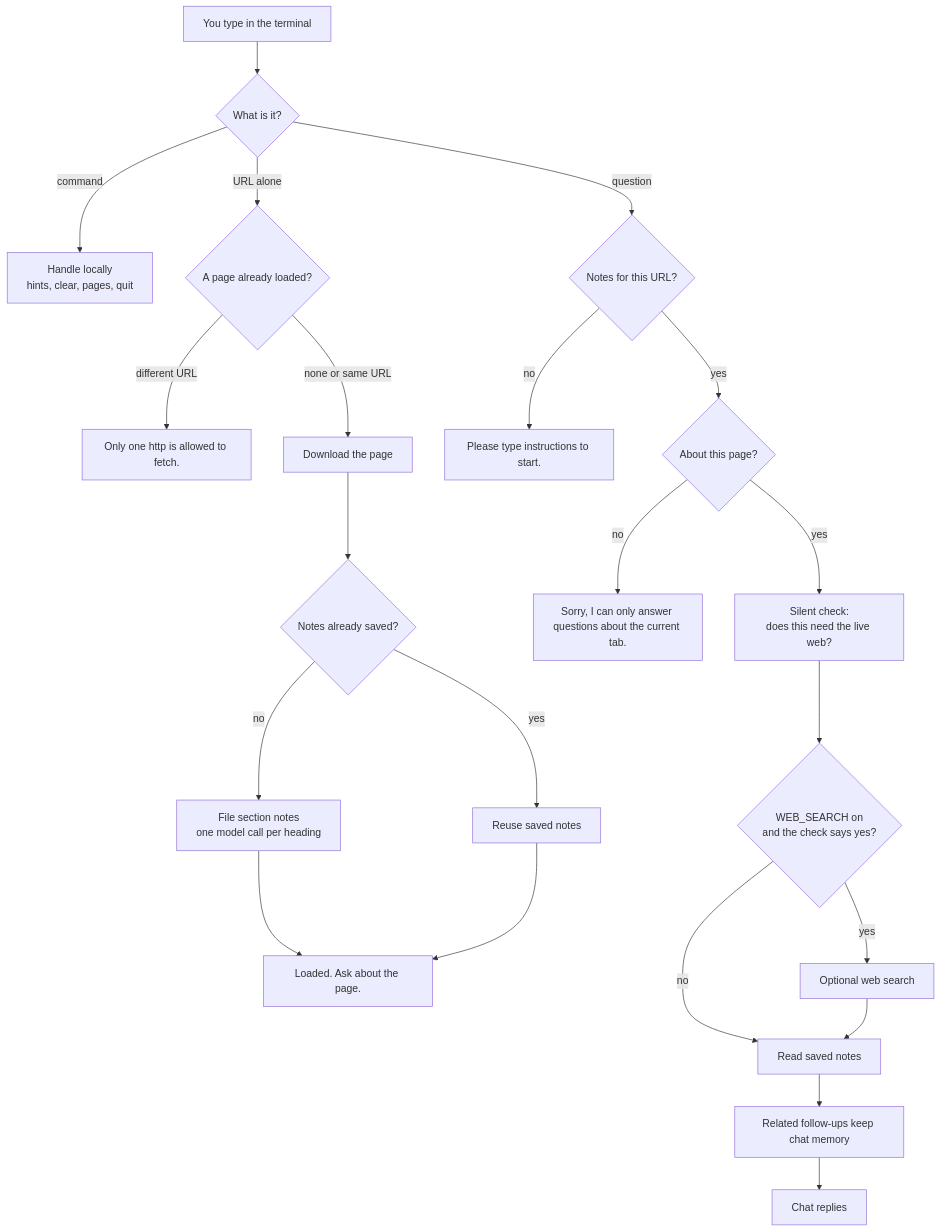
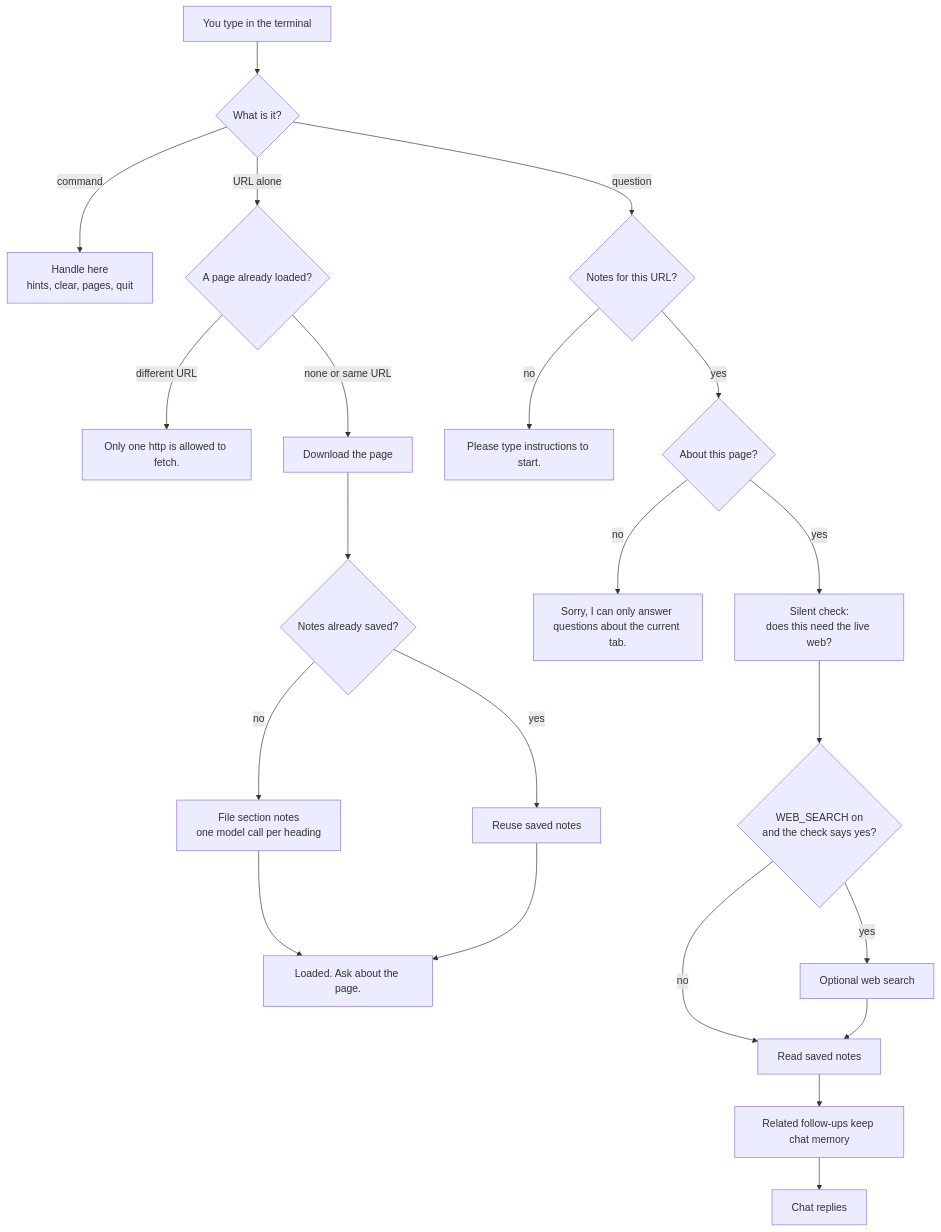
Before and after one commit to anthoint/tabkit: the diagram in README.md, drawn with Mermaid. The commit also changed other lines of this file and 16 other files, not shown here.

````diff
--- a/README.md
+++ b/README.md
@@ -113,27 +159,27 @@
 ```mermaid
 flowchart TD
   you[You type in the terminal] --> kind{What is it?}
 
-  kind -->|command| local[Handle locally<br/>hints, clear, pages, quit]
+  kind -->|command| cmds[Handle here<br/>hints, clear, pages, quit]
   kind -->|URL alone| slot{A page already loaded?}
   kind -->|question| have{Notes for this URL?}
 
   slot -->|different URL| one[Only one http is allowed to fetch.]
   slot -->|none or same URL| fetch[Download the page]
   fetch --> filed{Notes already saved?}
   filed -->|no| write[File section notes<br/>one model call per heading]
   filed -->|yes| reuse[Reuse saved notes]
   write --> loaded[Loaded. Ask about the page.]
   reuse --> loaded
 
   have -->|no| paste[Please type instructions to start.]
   have -->|yes| tab{About this page?}
   tab -->|no| sorry[Sorry, I can only answer questions about the current tab.]
   tab -->|yes| gate[Silent check:<br/>does this need the live web?]
   gate --> search{WEB_SEARCH on<br/>and the check says yes?}
   search -->|yes| web[Optional web search]
   search -->|no| notes[Read saved notes]
   web --> notes
   notes --> mem[Related follow-ups keep chat memory]
   mem --> reply[Chat replies]
 ```
````
